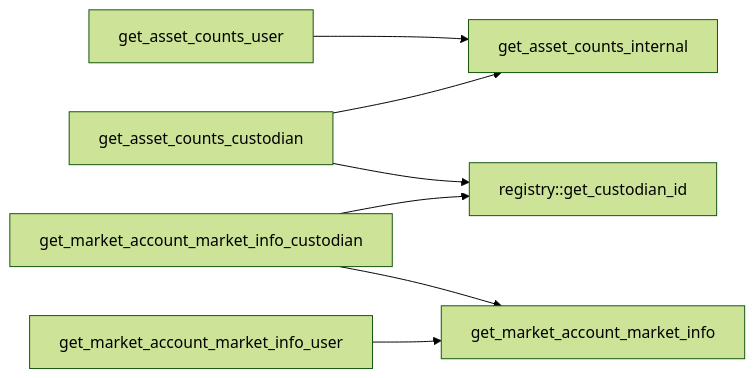
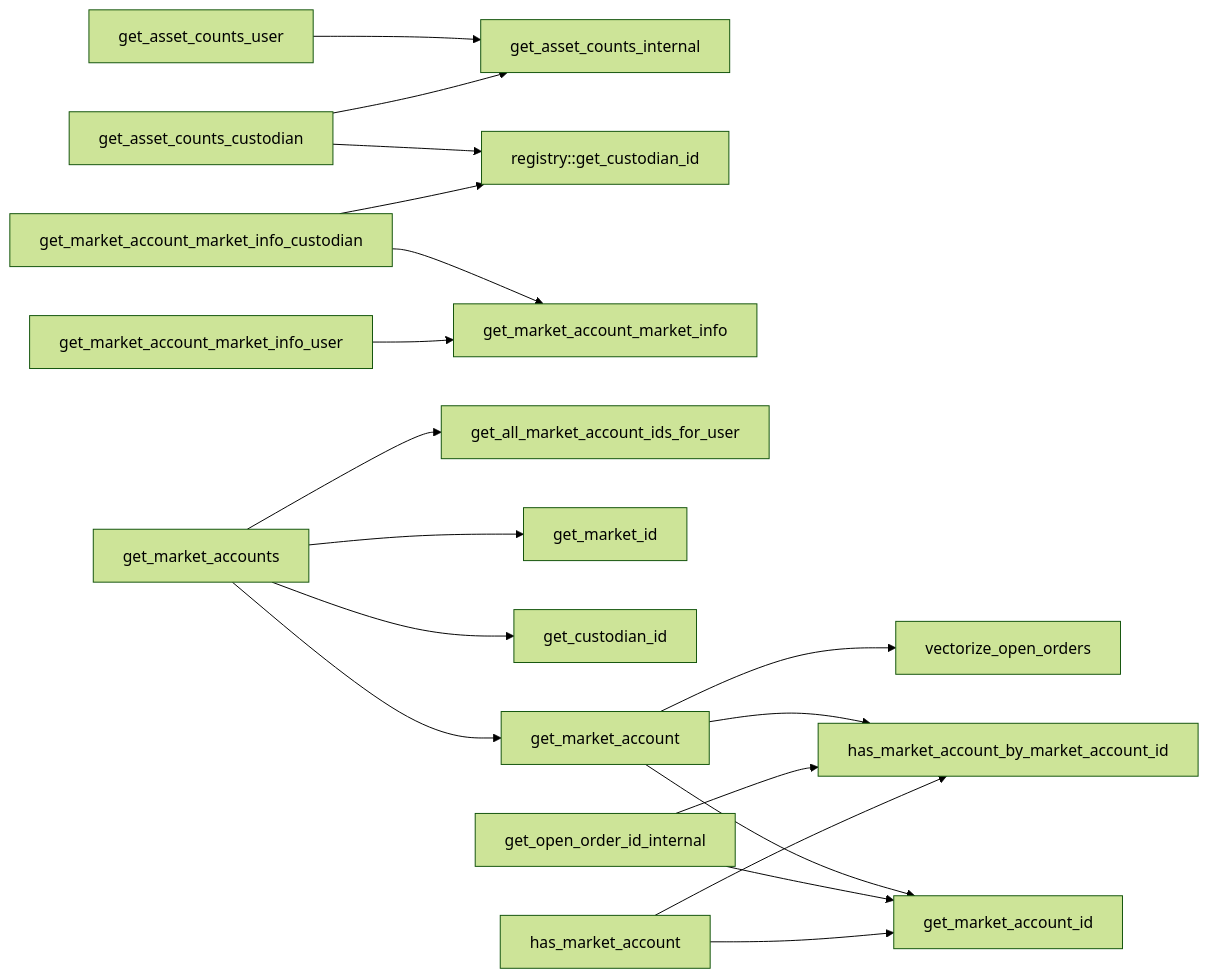
The third of 5 diagrams in src/move/econia/doc/user.md (econia-labs/econia), drawn with Mermaid (forest theme) before and after one commit. The commit also changed other lines of this file and 20 other files, not shown here.

````diff
--- a/src/move/econia/doc/user.md
+++ b/src/move/econia/doc/user.md
@@ -254,19 +268,33 @@
 ```mermaid
 
 flowchart LR
 
 get_asset_counts_user --> get_asset_counts_internal
 
 get_asset_counts_custodian --> get_asset_counts_internal
 get_asset_counts_custodian --> registry::get_custodian_id
 
-
 get_market_account_market_info_custodian -->
 get_market_account_market_info
 get_market_account_market_info_custodian -->
 registry::get_custodian_id
 
 get_market_account_market_info_user -->
 get_market_account_market_info
 
+get_market_accounts --> get_all_market_account_ids_for_user
+get_market_accounts --> get_market_id
+get_market_accounts --> get_custodian_id
+get_market_accounts --> get_market_account
+
+get_market_account --> get_market_account_id
+get_market_account --> has_market_account_by_market_account_id
+get_market_account --> vectorize_open_orders
+
+get_open_order_id_internal --> get_market_account_id
+get_open_order_id_internal --> has_market_account_by_market_account_id
+
+has_market_account --> has_market_account_by_market_account_id
+has_market_account --> get_market_account_id
+
 ```
````
